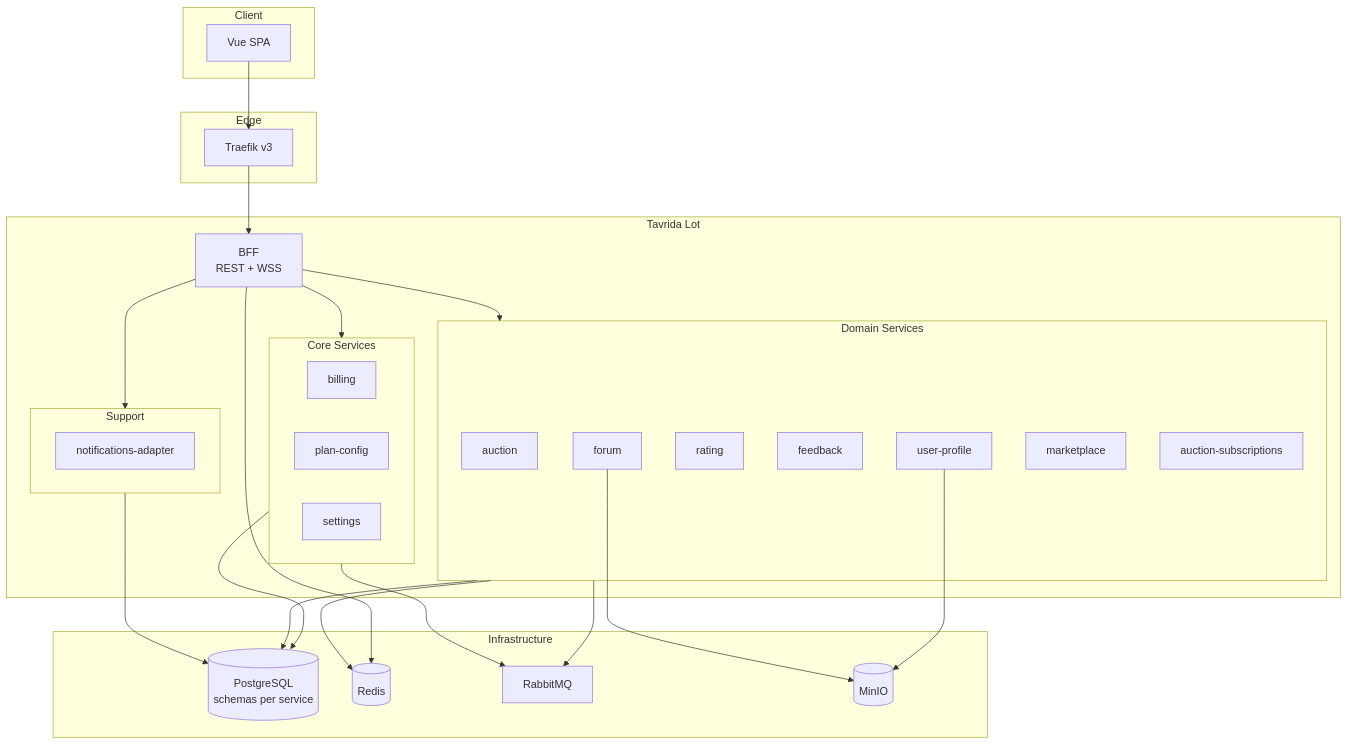
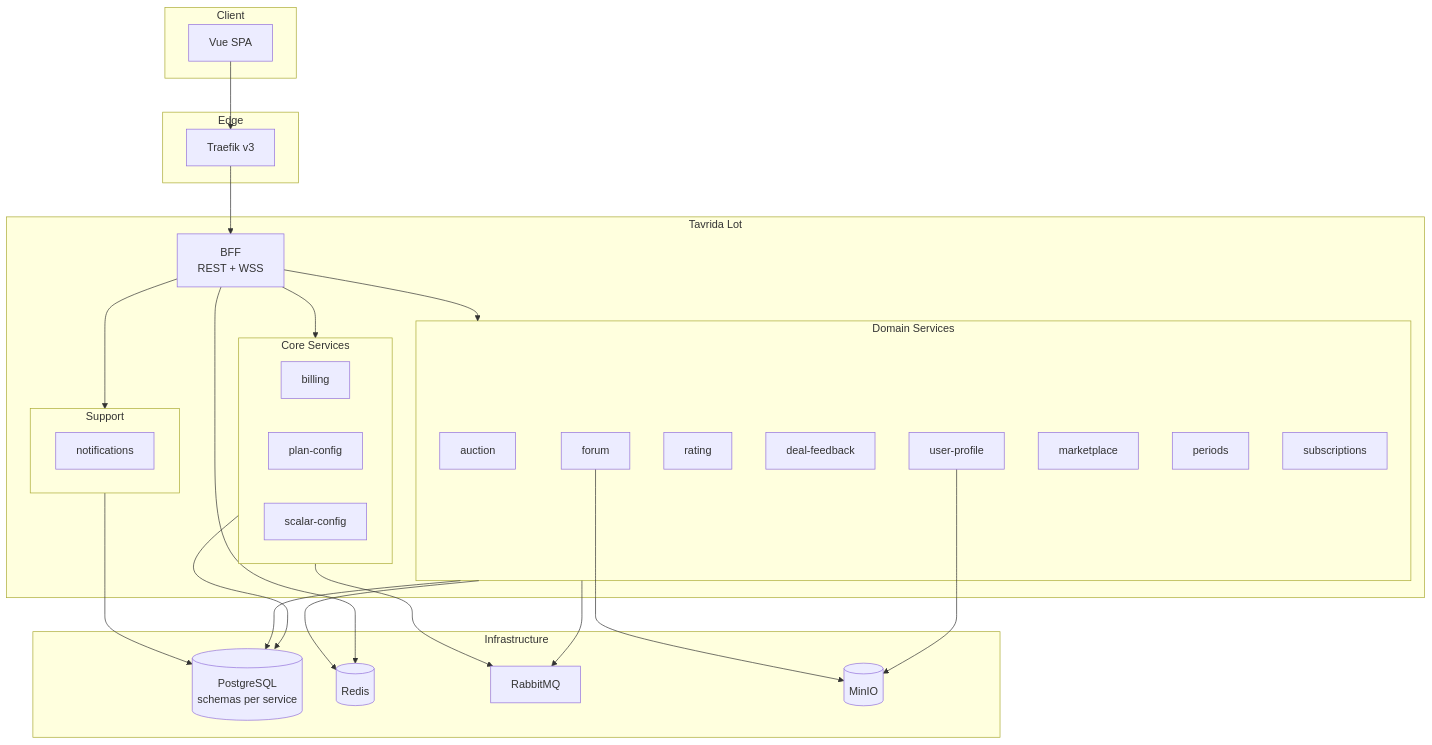
Before and after one commit to andrewb76/tavrida: the second of 4 diagrams in docs/03-architecture/README.md, drawn with Mermaid. The commit also changed other lines of this file and 15 other files, not shown here.

````diff
--- a/docs/03-architecture/README.md
+++ b/docs/03-architecture/README.md
@@ -35,55 +35,56 @@
 ```mermaid
 flowchart TB
     subgraph client [Client]
         Vue[Vue SPA]
     end
 
     subgraph edge [Edge]
         Traefik[Traefik v3]
     end
 
     subgraph platform [Tavrida Lot]
         BFF[BFF\nREST + WSS]
         subgraph core [Core Services]
             billing
             fp[plan-config]
-            settings
+            sc[scalar-config]
         end
         subgraph domain [Domain Services]
             auction
             forum
             rating
-            feedback
+            dealFeedback[deal-feedback]
             profile[user-profile]
             marketplace
-            subs[auction-subscriptions]
+            periods
+            subs[subscriptions]
         end
         subgraph support [Support]
-            notif[notifications-adapter]
+            notif[notifications]
         end
     end
 
     subgraph infra [Infrastructure]
         PG[(PostgreSQL\nschemas per service)]
         Redis[(Redis)]
         RMQ[RabbitMQ]
         MinIO[(MinIO)]
     end
 
     Vue --> Traefik
     Traefik --> BFF
     BFF --> core
     BFF --> domain
     BFF --> support
 
     core --> PG
     domain --> PG
     support --> PG
 
     domain --> RMQ
     core --> RMQ
     BFF --> Redis
     domain --> Redis
     profile --> MinIO
     forum --> MinIO
 ```
````
